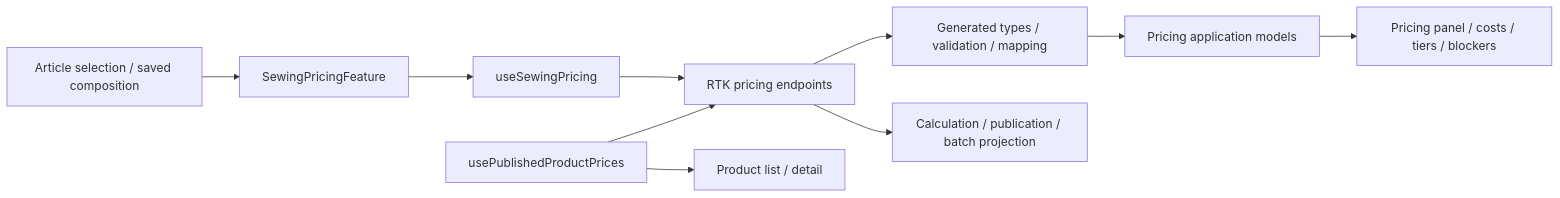
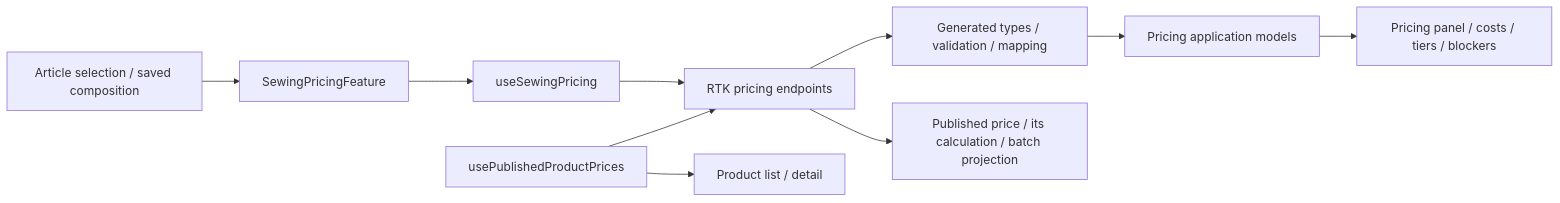
Before and after one commit to Weretik/brevi-web: the diagram in docs/features/admin/products/sewing-pricing.md, drawn with Mermaid. The commit also changed other lines of this file and 51 other files, not shown here.

First line of the commit message:
feat(admin-products): one automatically published price, no recalculation buttons (spec 013)

````diff
--- a/docs/features/admin/products/sewing-pricing.md
+++ b/docs/features/admin/products/sewing-pricing.md
@@ -11,12 +11,12 @@
 ```mermaid
 flowchart LR
   Composition[Article selection / saved composition] --> Feature[SewingPricingFeature]
   Feature --> Controller[useSewingPricing]
   Controller --> API[RTK pricing endpoints]
   API --> Boundary[Generated types / validation / mapping]
   Boundary --> Model[Pricing application models]
   Model --> UI[Pricing panel / costs / tiers / blockers]
-  API --> Backend[Calculation / publication / batch projection]
+  API --> Backend[Published price / its calculation / batch projection]
   Batch[usePublishedProductPrices] --> API
   Batch --> Products[Product list / detail]
 ```
````
